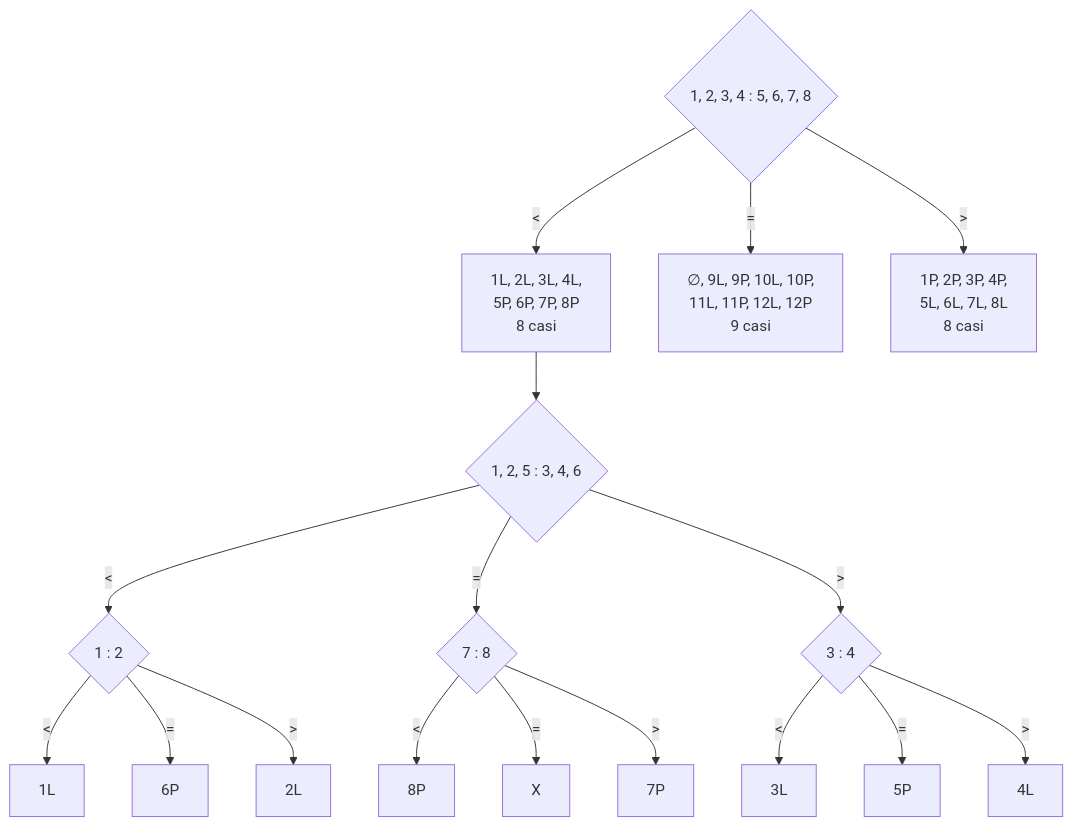
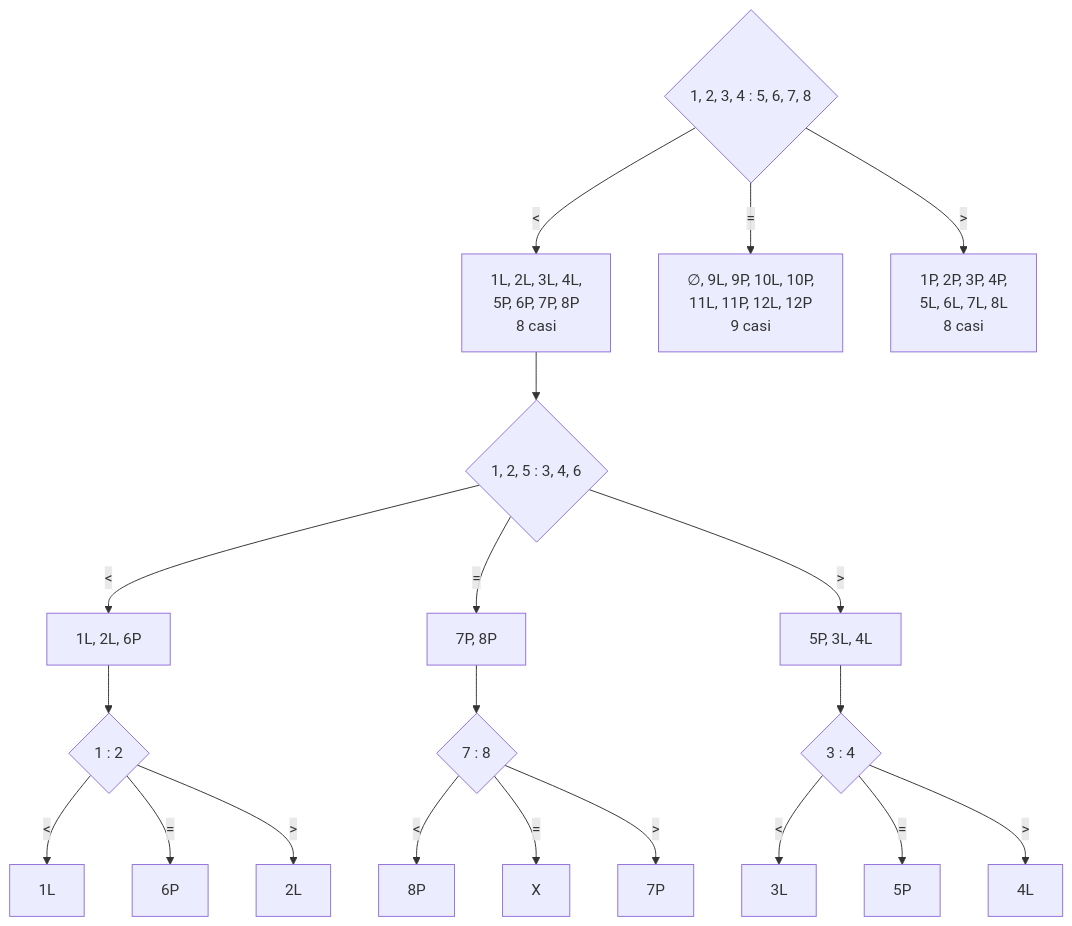
Before and after one commit to dennyb87/informatica-unipi: the sixth of 6 diagrams in anno_1/programmazione_e_algoritmica/16-09-2026_introduzione.md, drawn with Mermaid. The commit also changed other lines of this file, not shown here.

Commit message:
moar coin stuff

````diff
--- a/anno_1/programmazione_e_algoritmica/16-09-2026_introduzione.md
+++ b/anno_1/programmazione_e_algoritmica/16-09-2026_introduzione.md
@@ -125,22 +125,25 @@
 ```mermaid
 flowchart TD
     A{"1, 2, 3, 4 : 5, 6, 7, 8"}
 
     A -->|<| B["1L, 2L, 3L, 4L,<br/>5P, 6P, 7P, 8P<br/>8 casi"]
     A -->|=| C["∅, 9L, 9P, 10L, 10P,<br/>11L, 11P, 12L, 12P<br/>9 casi"]
     A -->|>| D["1P, 2P, 3P, 4P,<br/>5L, 6L, 7L, 8L<br/>8 casi"]
 
     B --> E{"1, 2, 5 : 3, 4, 6"}
-    E -->|<| F{"1 : 2"}
-    E -->|=| G{"7 : 8"}
-    E -->|>| H{"3 : 4"}
+    E -->|<| X[1L, 2L, 6P]
+    X --> F{"1 : 2"}
+    E -->|=| Y[7P, 8P] 
+    Y --> G{"7 : 8"}
+    E -->|>| Z[5P, 3L, 4L]
+    Z --> H{"3 : 4"}
     F -->|<| I["1L"]
     F -->|=| J["6P"]
     F -->|>| K["2L"]
     G -->|<| L["8P"]
     G -->|=| M["X"]
     G -->|>| N["7P"]
     H -->|<| O["3L"]
     H -->|=| P["5P"]
     H -->|>| Q["4L"]
 ```
````
